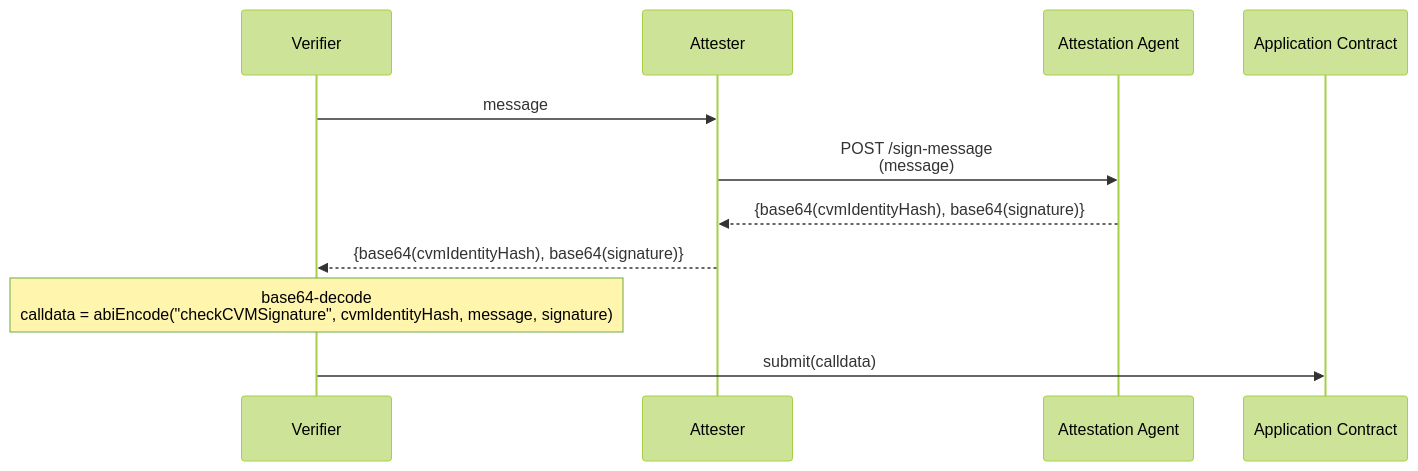
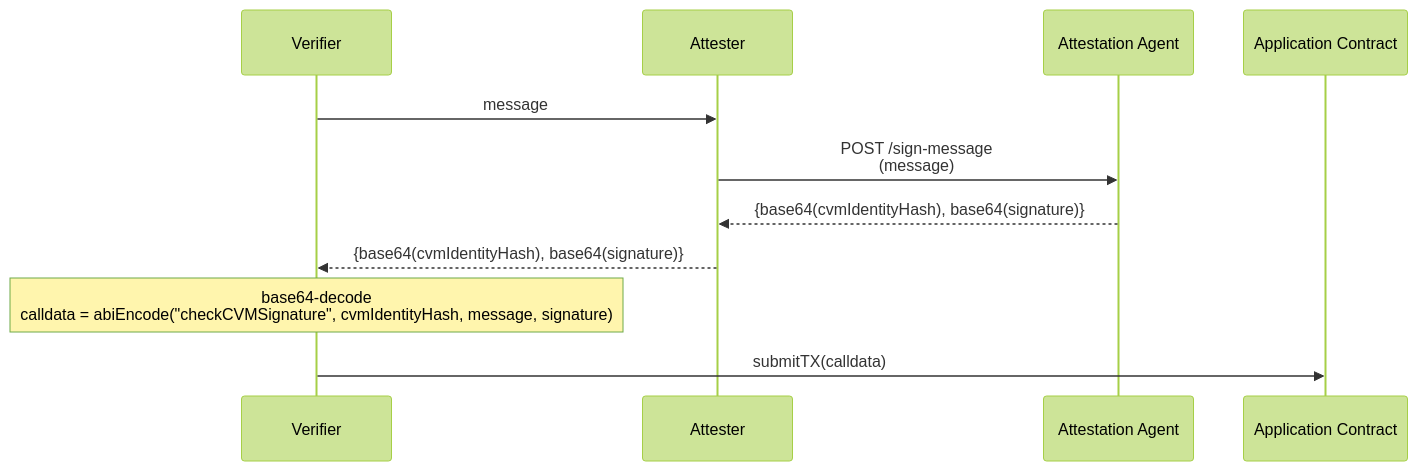
The third of 4 diagrams in docs/onchain-workflows.md (nuconstruct-ltd/automata-linux), drawn with Mermaid (forest theme) before and after one commit. The commit also changed other lines of this file, not shown here.

````diff
--- a/docs/onchain-workflows.md
+++ b/docs/onchain-workflows.md
@@ -41,14 +41,14 @@
 ```mermaid
 sequenceDiagram
     participant V as Verifier
     participant AT as Attester
     participant AA as Attestation Agent
     participant AC as Application Contract
 
     V->>AT: message
     AT->>AA: POST /sign-message <br/> (message)
     AA-->>AT: {base64(cvmIdentityHash), base64(signature)}
     AT-->>V: {base64(cvmIdentityHash), base64(signature)}
     note over V: base64-decode <br/> calldata = abiEncode("checkCVMSignature", cvmIdentityHash, message, signature)
-    V->>AC: submit(calldata)
+    V->>AC: submitTX(calldata)
 ```
````
